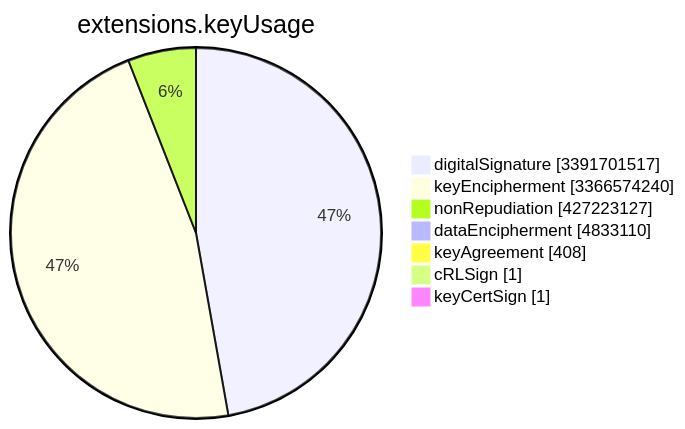
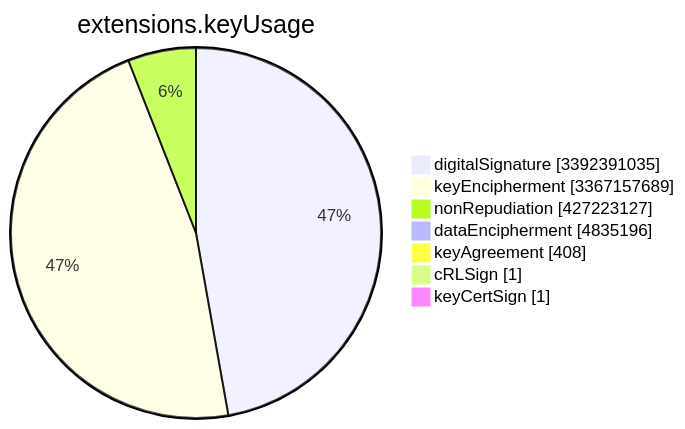
Before and after one commit to christiankrug/ctmonitor_visualization: the sixth of 15 diagrams in TOTAL/README.md, drawn with Mermaid. The commit also changed other lines of this file, not shown here.

````diff
--- a/TOTAL/README.md
+++ b/TOTAL/README.md
@@ -3080,11 +3080,11 @@
 ```mermaid
 pie showData
 title extensions.keyUsage
-"digitalSignature" :3391701517
-"keyEncipherment" :3366574240
+"digitalSignature" :3392391035
+"keyEncipherment" :3367157689
 "nonRepudiation" :427223127
-"dataEncipherment" :4833110
+"dataEncipherment" :4835196
 "keyAgreement" :408
 "cRLSign" :1
 "keyCertSign" :1
 ```
````
